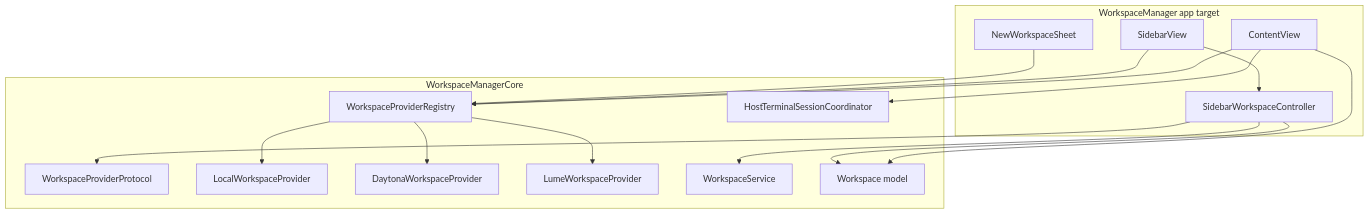
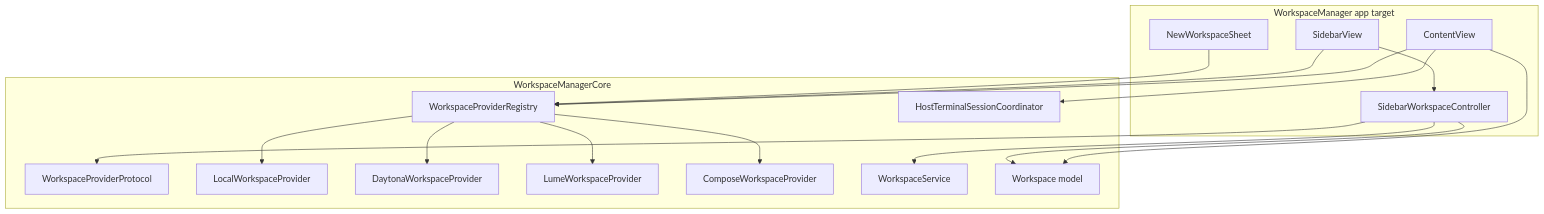
One commit to fairchild/workspaces changed the second of 4 diagrams in docs/vm-provider-architecture.md. Above: the diagram before and after it, drawn with Mermaid. The commit also changed other lines of this file and 45 other files, not shown here.

Commit message:
Add Docker Compose workspace sandboxes and standalone reference

````diff
--- a/docs/vm-provider-architecture.md
+++ b/docs/vm-provider-architecture.md
@@ -114,34 +130,36 @@
 ```mermaid
 flowchart TB
     subgraph UI["WorkspaceManager app target"]
         Sidebar["SidebarView"]
         Content["ContentView"]
         Sheet["NewWorkspaceSheet"]
         Controller["SidebarWorkspaceController"]
     end
 
     subgraph Core["WorkspaceManagerCore"]
         Registry["WorkspaceProviderRegistry"]
         Proto["WorkspaceProviderProtocol"]
         Local["LocalWorkspaceProvider"]
         Daytona["DaytonaWorkspaceProvider"]
         Lume["LumeWorkspaceProvider"]
+        Compose["ComposeWorkspaceProvider"]
         WorkspaceService["WorkspaceService"]
         SessionCoordinator["HostTerminalSessionCoordinator"]
         Models["Workspace model"]
     end
 
     Sheet --> Registry
     Sidebar --> Controller
     Sidebar --> Registry
     Content --> Registry
     Controller --> Proto
     Controller --> WorkspaceService
     Content --> SessionCoordinator
     Controller --> Models
     Content --> Models
 
     Registry --> Local
     Registry --> Daytona
     Registry --> Lume
+    Registry --> Compose
 ```
````
